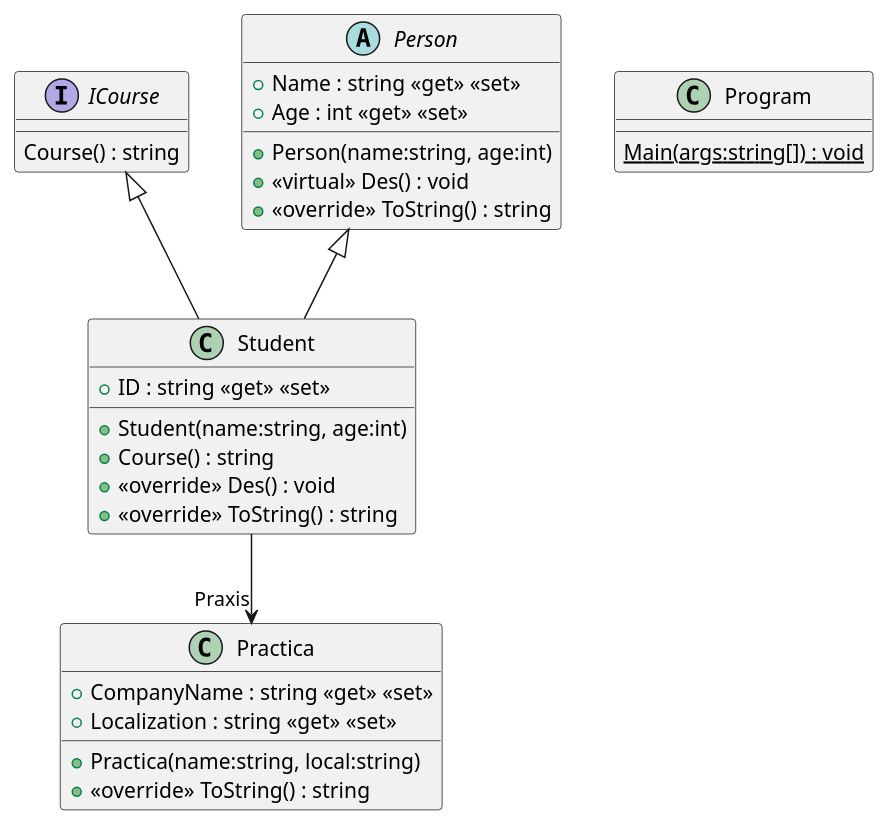
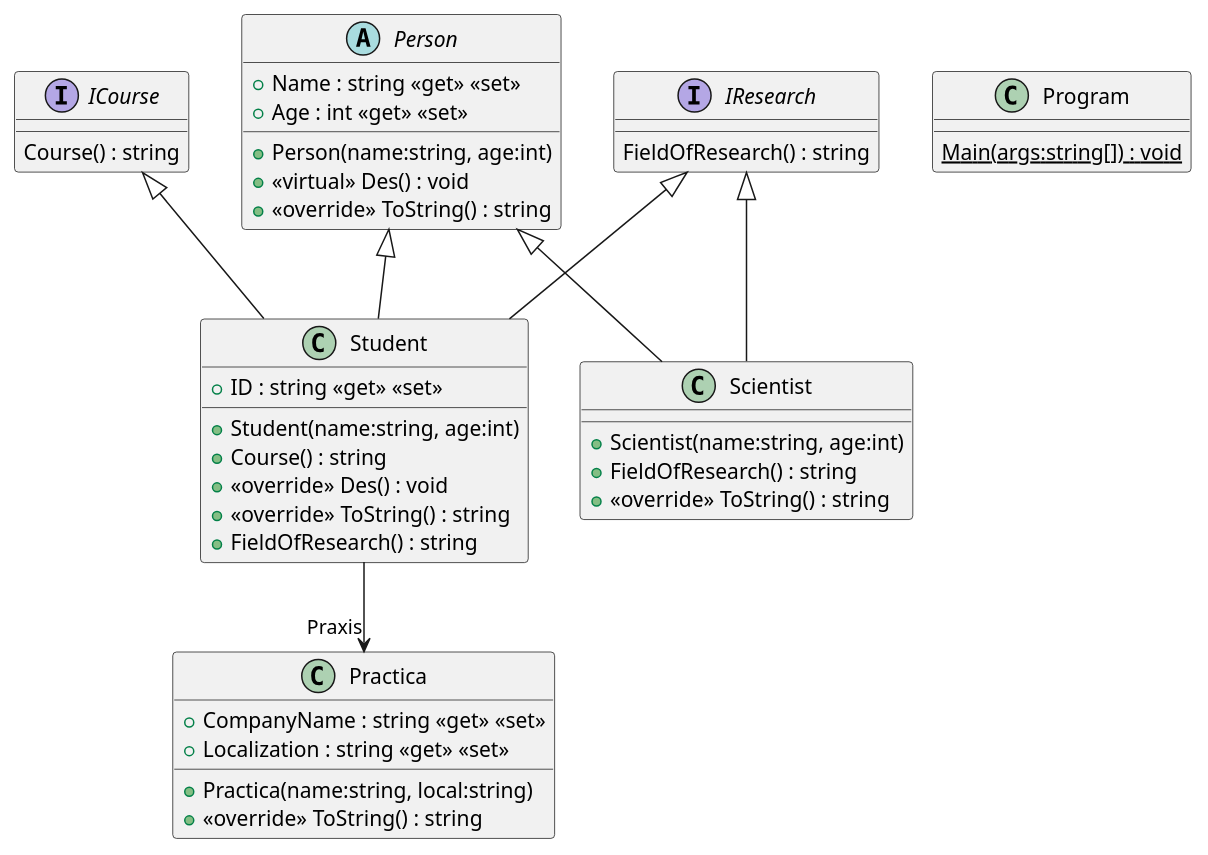
One commit to mmachel/Basics changed the diagram in TestUML/include.puml. Above: the diagram before and after it, drawn with PlantUML.

Commit message:
Add new version of plantUML file

```diff
--- a/TestUML/include.puml
+++ b/TestUML/include.puml
@@ -1,31 +1,43 @@
 @startuml
 interface ICourse {
     Course() : string
+}
+interface IResearch {
+    FieldOfResearch() : string
 }
 abstract class Person {
     + Name : string <<get>> <<set>>
     + Age : int <<get>> <<set>>
     + Person(name:string, age:int)
     + <<virtual>> Des() : void
     + <<override>> ToString() : string
 }
 class Practica {
     + CompanyName : string <<get>> <<set>>
     + Localization : string <<get>> <<set>>
     + Practica(name:string, local:string)
     + <<override>> ToString() : string
 }
 class Student {
     + ID : string <<get>> <<set>>
     + Student(name:string, age:int)
     + Course() : string
     + <<override>> Des() : void
     + <<override>> ToString() : string
+    + FieldOfResearch() : string
+}
+class Scientist {
+    + Scientist(name:string, age:int)
+    + FieldOfResearch() : string
+    + <<override>> ToString() : string
 }
 class Program {
     {static} Main(args:string[]) : void
 }
 Person <|-- Student
 ICourse <|-- Student
+IResearch <|-- Student
 Student --> "Praxis" Practica
+Person <|-- Scientist
+IResearch <|-- Scientist
 @enduml
```
